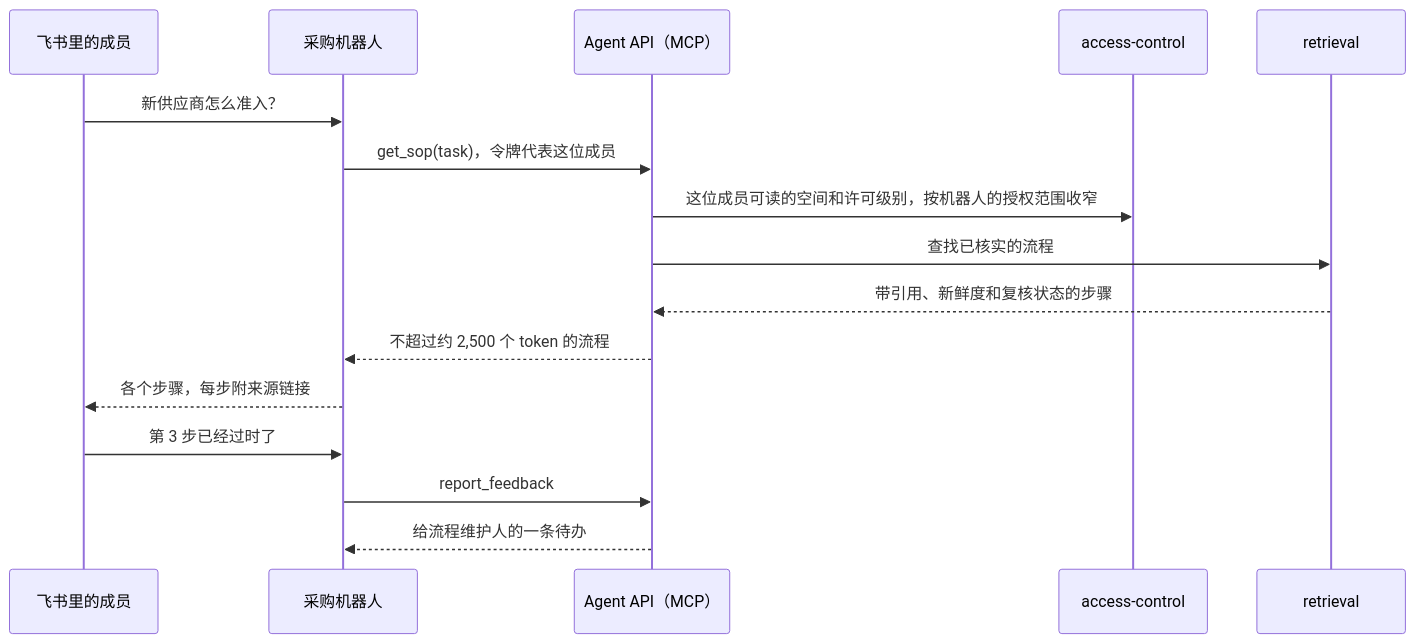
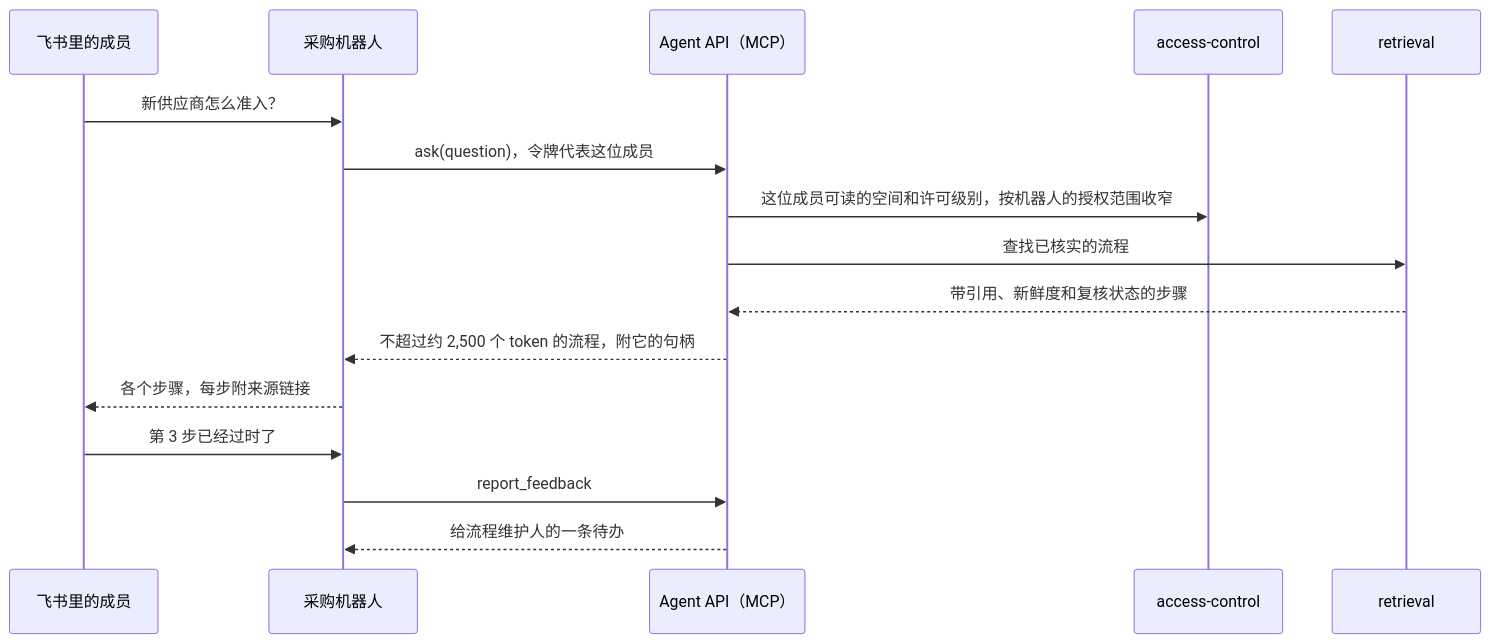
One commit to AngelMsger/Inspiration changed the seventh of 17 diagrams in docs/zh/overview.md. Above: the diagram before and after it, drawn with Mermaid. The commit also changed other lines of this file and 3 other files, not shown here.

````diff
--- a/docs/zh/overview.md
+++ b/docs/zh/overview.md
@@ -284,18 +284,18 @@
 ```mermaid
 sequenceDiagram
   participant M as 飞书里的成员
   participant B as 采购机器人
   participant API as Agent API（MCP）
   participant AZ as access-control
   participant R as retrieval
   M->>B: 新供应商怎么准入？
-  B->>API: get_sop(task)，令牌代表这位成员
+  B->>API: ask(question)，令牌代表这位成员
   API->>AZ: 这位成员可读的空间和许可级别，按机器人的授权范围收窄
   API->>R: 查找已核实的流程
   R-->>API: 带引用、新鲜度和复核状态的步骤
-  API-->>B: 不超过约 2,500 个 token 的流程
+  API-->>B: 不超过约 2,500 个 token 的流程，附它的句柄
   B-->>M: 各个步骤，每步附来源链接
   M->>B: 第 3 步已经过时了
   B->>API: report_feedback
   API-->>B: 给流程维护人的一条待办
 ```
````
